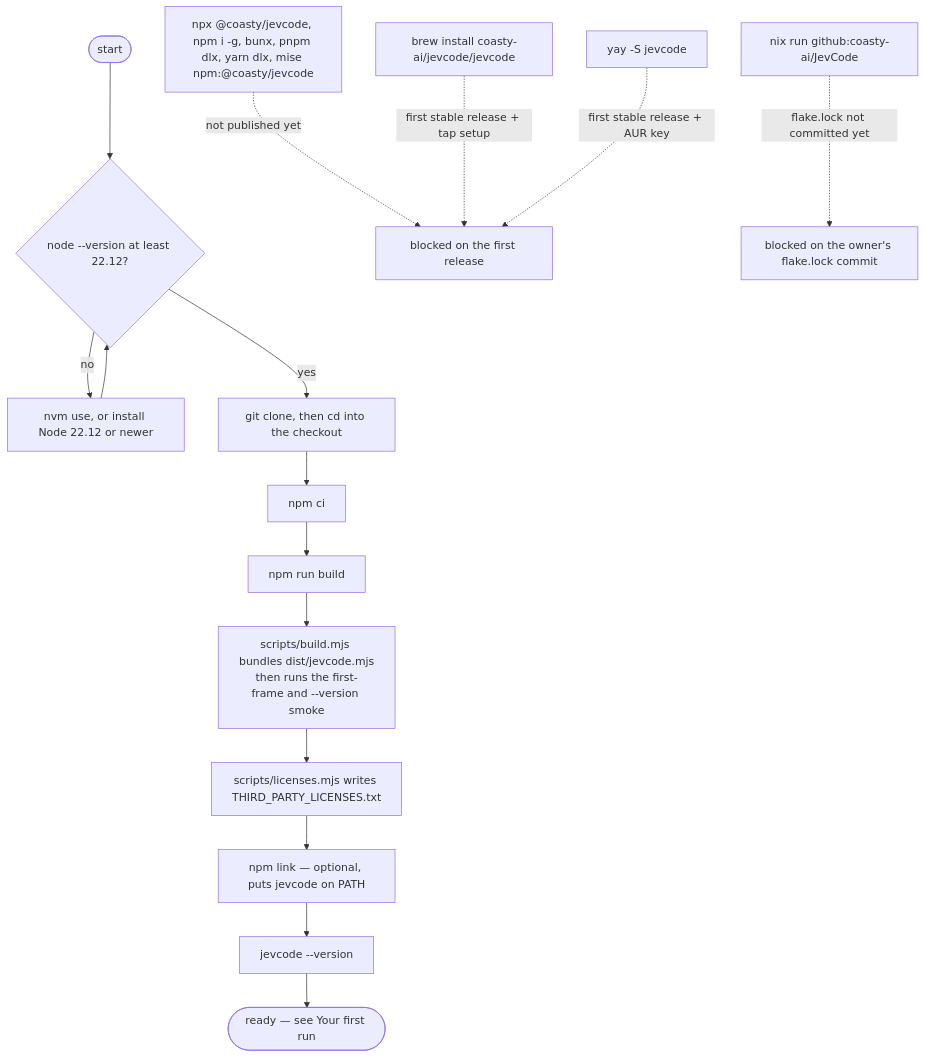
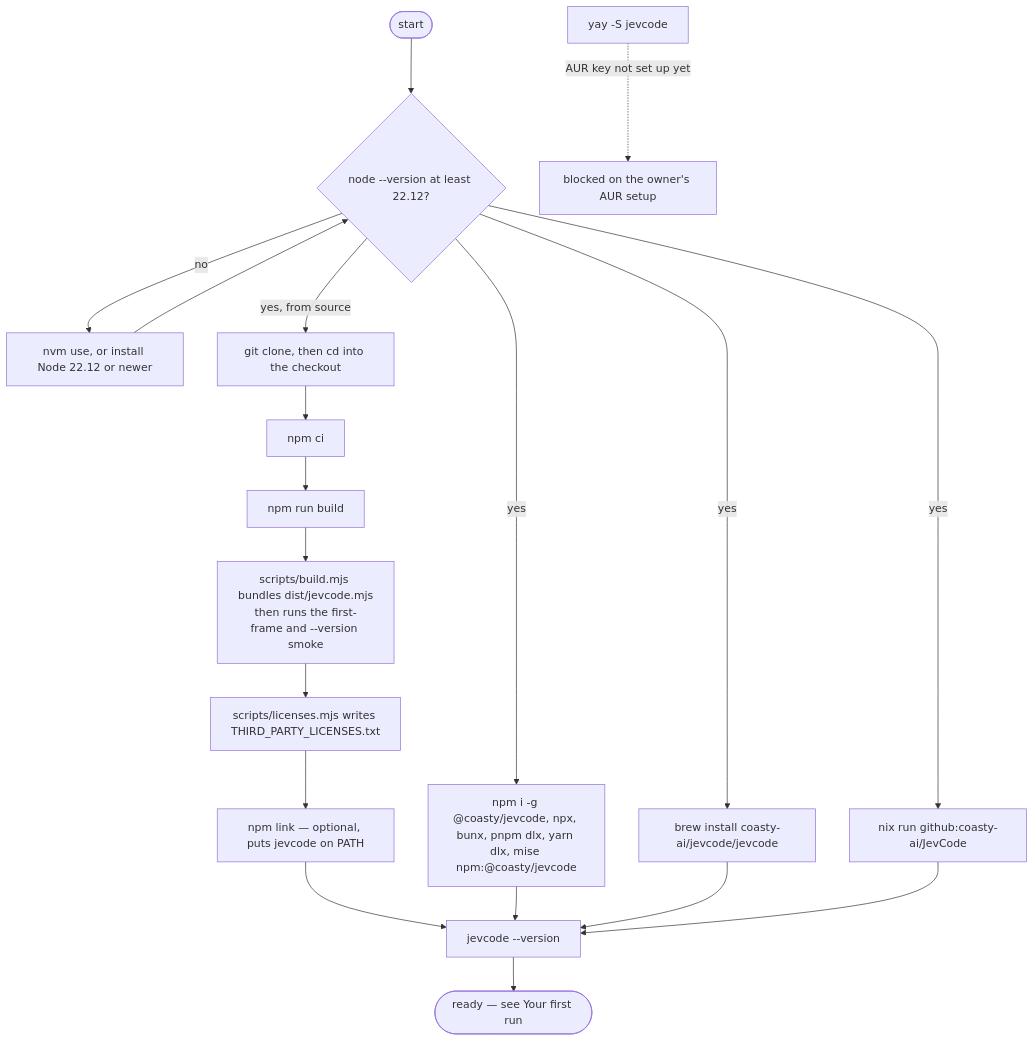
The diagram in docs/getting-started/install.md (coasty-ai/JevCode), drawn with Mermaid before and after one commit. The commit also changed other lines of this file and 6 other files, not shown here.

````diff
--- a/docs/getting-started/install.md
+++ b/docs/getting-started/install.md
@@ -173,19 +177,22 @@
 ```mermaid
 flowchart TD
   A(["start"]) --> N{"node --version at least 22.12?"}
   N -->|"no"| NVM["nvm use, or install Node 22.12 or newer"]
   NVM --> N
-  N -->|"yes"| S1["git clone, then cd into the checkout"]
+  N -->|"yes, from source"| S1["git clone, then cd into the checkout"]
   S1 --> S2["npm ci"]
   S2 --> S3["npm run build"]
   S3 --> S3A["scripts/build.mjs bundles dist/jevcode.mjs<br/>then runs the first-frame and --version smoke"]
   S3A --> S3B["scripts/licenses.mjs writes THIRD_PARTY_LICENSES.txt"]
   S3B --> S4["npm link — optional, puts jevcode on PATH"]
   S4 --> V["jevcode --version"]
   V --> READY(["ready — see Your first run"])
 
-  X1["npx @coasty/jevcode, npm i -g, bunx, pnpm dlx, yarn dlx, mise npm:@coasty/jevcode"] -.->|"not published yet"| BLOCKED["blocked on the first release"]
-  X2["brew install coasty-ai/jevcode/jevcode"] -.->|"first stable release + tap setup"| BLOCKED
-  X3["yay -S jevcode"] -.->|"first stable release + AUR key"| BLOCKED
-  X4["nix run github:coasty-ai/JevCode"] -.->|"flake.lock not committed yet"| LOCK["blocked on the owner's flake.lock commit"]
+  N -->|"yes"| X1["npm i -g @coasty/jevcode, npx, bunx, pnpm dlx, yarn dlx, mise npm:@coasty/jevcode"]
+  N -->|"yes"| X2["brew install coasty-ai/jevcode/jevcode"]
+  N -->|"yes"| X4["nix run github:coasty-ai/JevCode"]
+  X1 --> V
+  X2 --> V
+  X4 --> V
+  X3["yay -S jevcode"] -.->|"AUR key not set up yet"| BLOCKED["blocked on the owner's AUR setup"]
 ```
````
